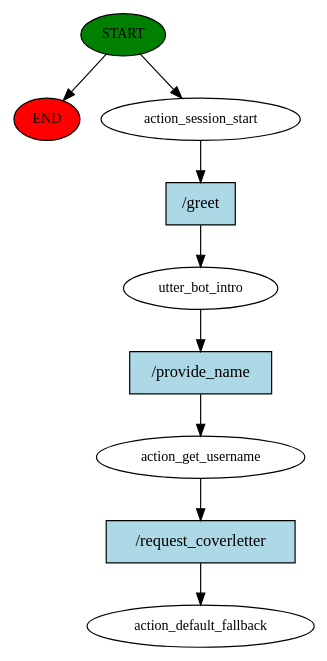
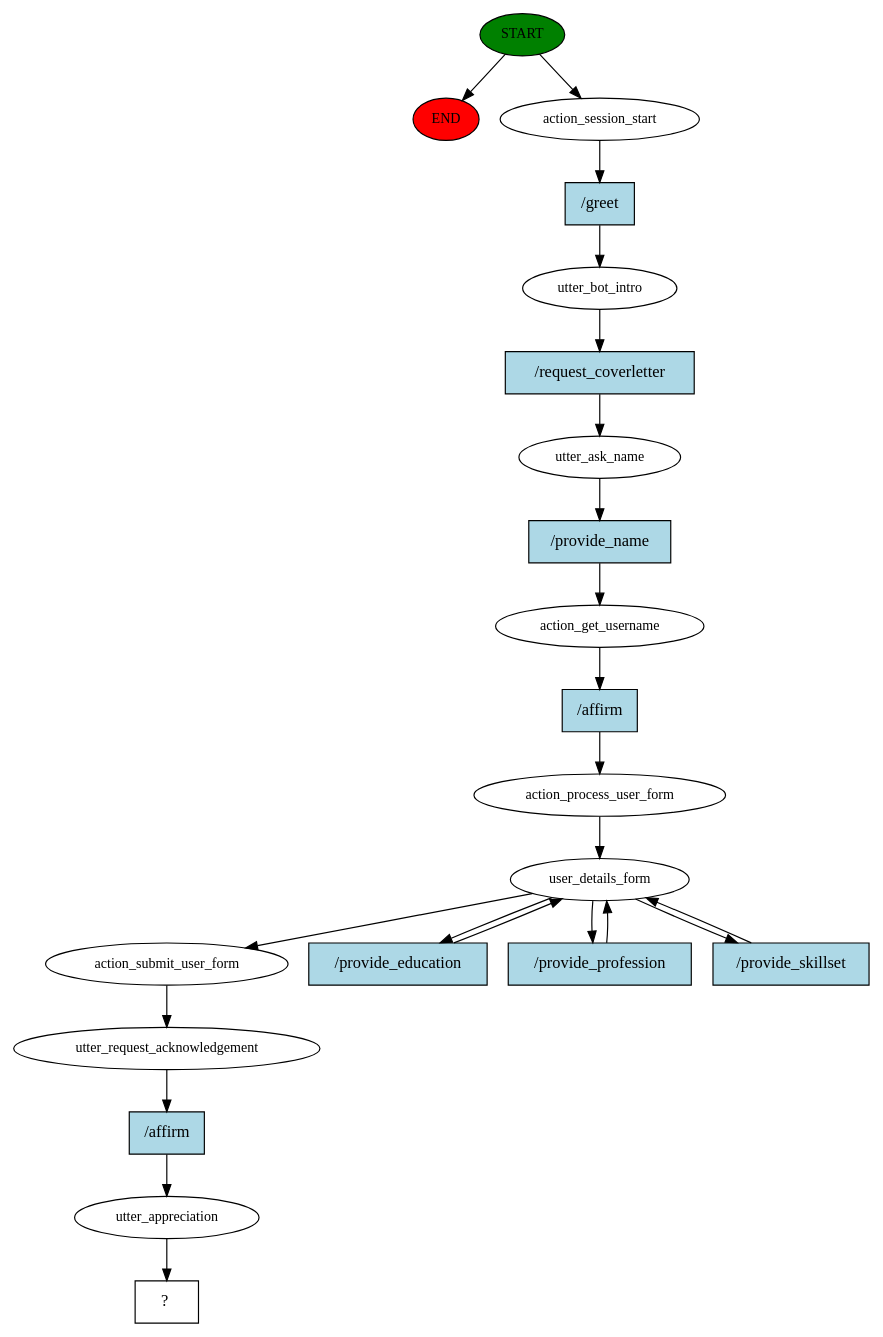
One commit to lkimhui/PLP_Project changed the diagram in chatbot/story_graph.dot. Above: the diagram before and after it, drawn with Graphviz. The commit also changed 328 other files, not shown here.

```diff
--- a/chatbot/story_graph.dot
+++ b/chatbot/story_graph.dot
@@ -1,19 +1,44 @@
 digraph  {
 0 [class="start active", fillcolor=green, fontsize=12, label=START, style=filled];
 "-1" [class=end, fillcolor=red, fontsize=12, label=END, style=filled];
 1 [class=active, fontsize=12, label=action_session_start];
 2 [class=active, fontsize=12, label=utter_bot_intro];
-3 [class=active, fontsize=12, label=action_get_username];
-4 [class="dashed active", fontsize=12, label=action_default_fallback];
-5 [class="intent active", fillcolor=lightblue, label="/greet", shape=rect, style=filled];
-6 [class="intent active", fillcolor=lightblue, label="/provide_name", shape=rect, style=filled];
-7 [class="intent active", fillcolor=lightblue, label="/request_coverletter", shape=rect, style=filled];
+3 [class=active, fontsize=12, label=utter_ask_name];
+4 [class=active, fontsize=12, label=action_get_username];
+5 [class=active, fontsize=12, label=action_process_user_form];
+6 [class=active, fontsize=12, label=user_details_form];
+10 [class=active, fontsize=12, label=action_submit_user_form];
+11 [class=active, fontsize=12, label=utter_request_acknowledgement];
+12 [class=active, fontsize=12, label=utter_appreciation];
+13 [class="intent dashed active", label="  ?  ", shape=rect];
+14 [class="intent active", fillcolor=lightblue, label="/greet", shape=rect, style=filled];
+15 [class="intent active", fillcolor=lightblue, label="/request_coverletter", shape=rect, style=filled];
+16 [class="intent active", fillcolor=lightblue, label="/provide_name", shape=rect, style=filled];
+17 [class="intent active", fillcolor=lightblue, label="/affirm", shape=rect, style=filled];
+18 [class="intent active", fillcolor=lightblue, label="/provide_education", shape=rect, style=filled];
+19 [class="intent active", fillcolor=lightblue, label="/provide_profession", shape=rect, style=filled];
+20 [class="intent active", fillcolor=lightblue, label="/provide_skillset", shape=rect, style=filled];
+21 [class="intent active", fillcolor=lightblue, label="/affirm", shape=rect, style=filled];
 0 -> "-1"  [class="", key=NONE, label=""];
 0 -> 1  [class=active, key=NONE, label=""];
-1 -> 5  [class=active, key=0];
-2 -> 6  [class=active, key=0];
-3 -> 7  [class=active, key=0];
-5 -> 2  [class=active, key=0];
-6 -> 3  [class=active, key=0];
-7 -> 4  [class=active, key=0];
+1 -> 14  [class=active, key=0];
+2 -> 15  [class=active, key=0];
+3 -> 16  [class=active, key=0];
+4 -> 17  [class=active, key=0];
+5 -> 6  [class=active, key=NONE, label=""];
+6 -> 10  [class=active, key=NONE, label=""];
+6 -> 18  [class=active, key=0];
+6 -> 19  [class=active, key=0];
+6 -> 20  [class=active, key=0];
+10 -> 11  [class=active, key=NONE, label=""];
+11 -> 21  [class=active, key=0];
+12 -> 13  [class=active, key=NONE, label=""];
+14 -> 2  [class=active, key=0];
+15 -> 3  [class=active, key=0];
+16 -> 4  [class=active, key=0];
+17 -> 5  [class=active, key=0];
+18 -> 6  [class=active, key=0];
+19 -> 6  [class=active, key=0];
+20 -> 6  [class=active, key=0];
+21 -> 12  [class=active, key=0];
 }
```
